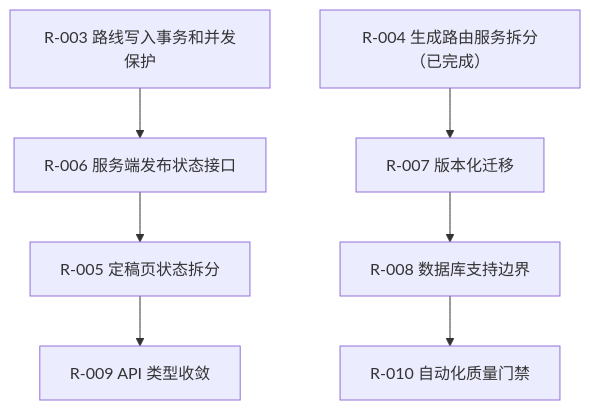
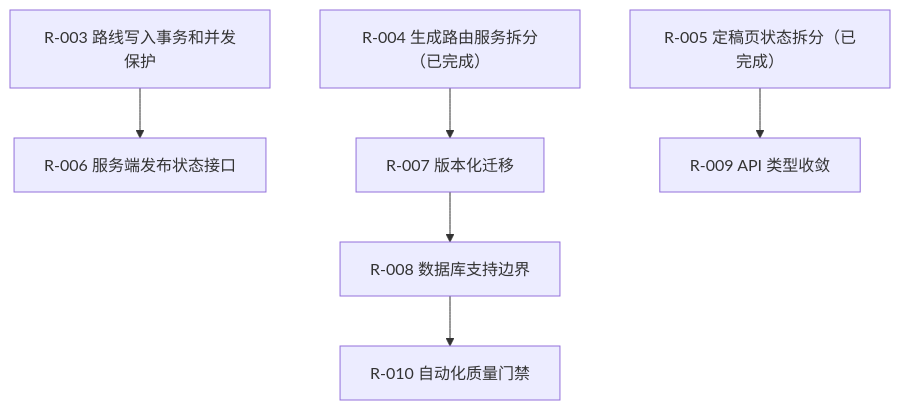
Before and after one commit to shenhl8023-bit/processmind-minimal-runtime: the second of 2 diagrams in docs/重构与优化跟踪.md, drawn with Mermaid. The commit also changed other lines of this file and 7 other files, not shown here.

````diff
--- a/docs/重构与优化跟踪.md
+++ b/docs/重构与优化跟踪.md
@@ -319,9 +335,8 @@
 ```mermaid
 flowchart TD
     R3["R-003 路线写入事务和并发保护"] --> R6["R-006 服务端发布状态接口"]
     R4["R-004 生成路由服务拆分（已完成）"] --> R7["R-007 版本化迁移"]
-    R6 --> R5["R-005 定稿页状态拆分"]
-    R5 --> R9["R-009 API 类型收敛"]
+    R5["R-005 定稿页状态拆分（已完成）"] --> R9["R-009 API 类型收敛"]
     R7 --> R8["R-008 数据库支持边界"]
     R8 --> R10["R-010 自动化质量门禁"]
 ```
````
